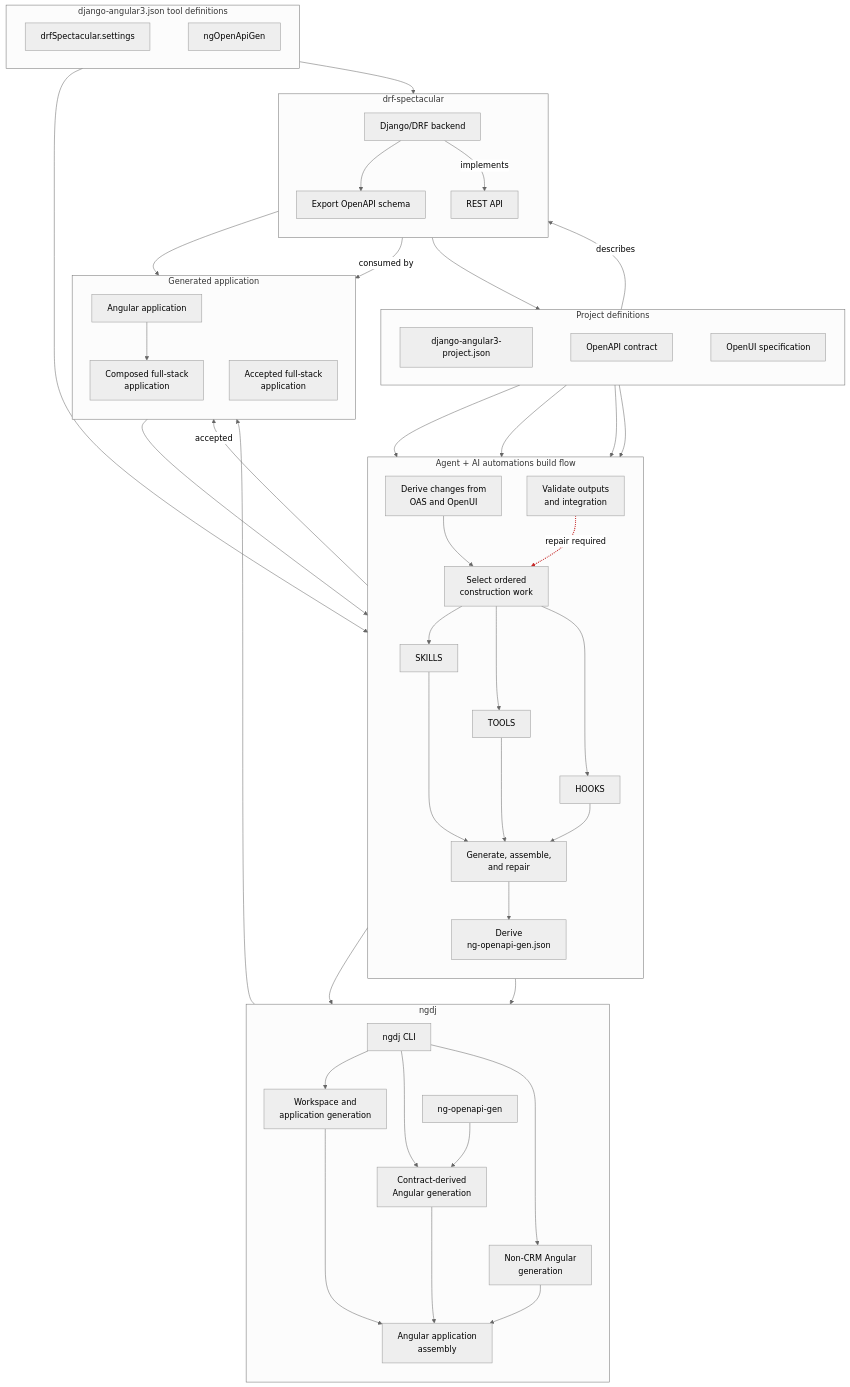
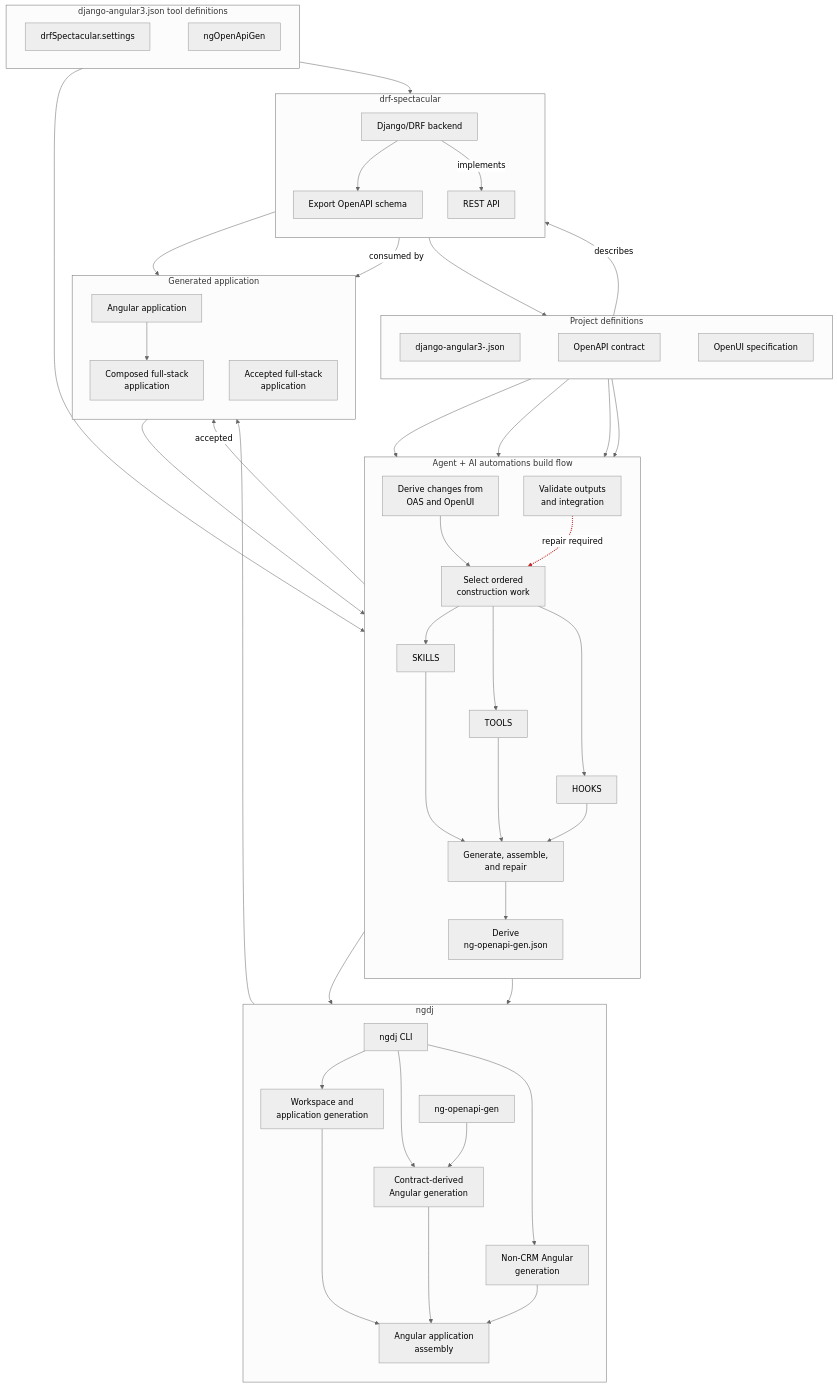
The first of 2 diagrams in doc/REQUIREMENTS.md (shlomoa/django-angular3), drawn with Mermaid (neutral theme) before and after one commit. The commit also changed other lines of this file and 31 other files, not shown here.

```diff
--- a/doc/REQUIREMENTS.md
+++ b/doc/REQUIREMENTS.md
@@ -524,7 +524,7 @@
 flowchart TB
   subgraph ProjectDefinitions["Project definitions"]
     direction LR
-    PROJECT["django-angular3-project.json"]
+    PROJECT["django-angular3-<project_name>.json"]
     OAS["OpenAPI contract"]
     UI["OpenUI specification"]
 
```
